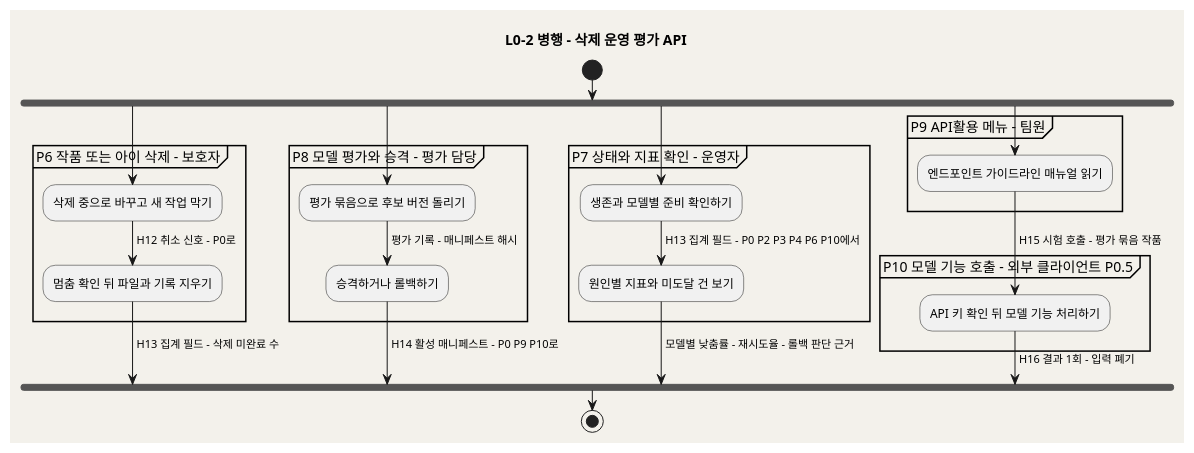
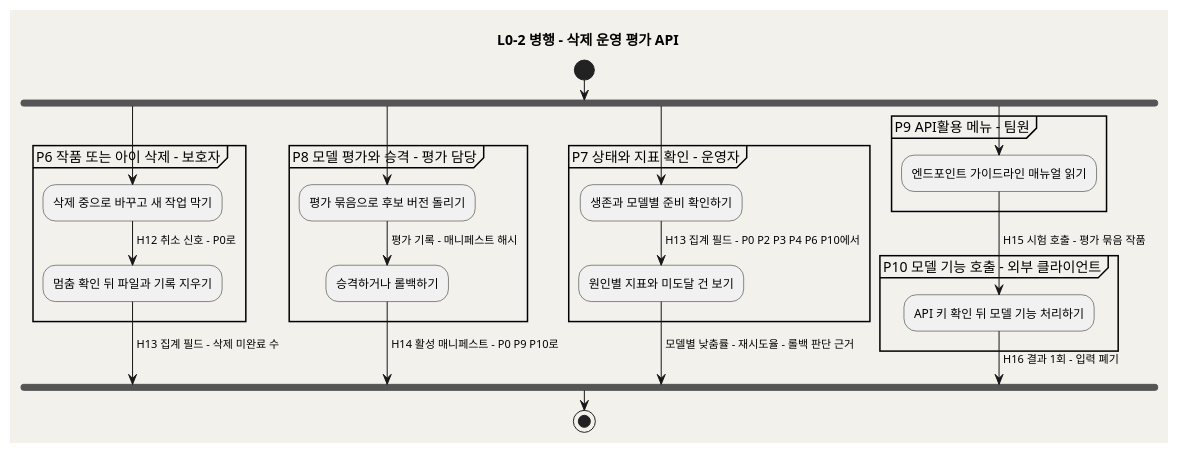
Before and after one commit to kids-gallery/uri-gallery: the second of 16 diagrams in design/SD_01_프로세스설계서_우리아이미술관.md, drawn with PlantUML. The commit also changed other lines of this file and 9 other files, not shown here.

````diff
--- a/design/SD_01_프로세스설계서_우리아이미술관.md
+++ b/design/SD_01_프로세스설계서_우리아이미술관.md
@@ -204,40 +205,40 @@
 ```plantuml
 @startuml
 skinparam backgroundColor #F3F1EB
 skinparam shadowing false
 title L0-2 병행 - 삭제 운영 평가 API
 start
 fork
   partition "P6 작품 또는 아이 삭제 - 보호자" {
     :삭제 중으로 바꾸고 새 작업 막기;
     -> H12 취소 신호 - P0로;
     :멈춤 확인 뒤 파일과 기록 지우기;
   }
   -> H13 집계 필드 - 삭제 미완료 수;
 fork again
   partition "P8 모델 평가와 승격 - 평가 담당" {
     :평가 묶음으로 후보 버전 돌리기;
     -> 평가 기록 - 매니페스트 해시;
     :승격하거나 롤백하기;
   }
   -> H14 활성 매니페스트 - P0 P9 P10로;
 fork again
   partition "P7 상태와 지표 확인 - 운영자" {
     :생존과 모델별 준비 확인하기;
     -> H13 집계 필드 - P0 P2 P3 P4 P6 P10에서;
     :원인별 지표와 미도달 건 보기;
   }
   -> 모델별 낮춤률 - 재시도율 - 롤백 판단 근거;
 fork again
   partition "P9 API활용 메뉴 - 팀원" {
     :엔드포인트 가이드라인 매뉴얼 읽기;
   }
   -> H15 시험 호출 - 평가 묶음 작품;
-  partition "P10 모델 기능 호출 - 외부 클라이언트 P0.5" {
+  partition "P10 모델 기능 호출 - 외부 클라이언트" {
     :API 키 확인 뒤 모델 기능 처리하기;
   }
   -> H16 결과 1회 - 입력 폐기;
 end fork
 stop
 @enduml
 ```
````
